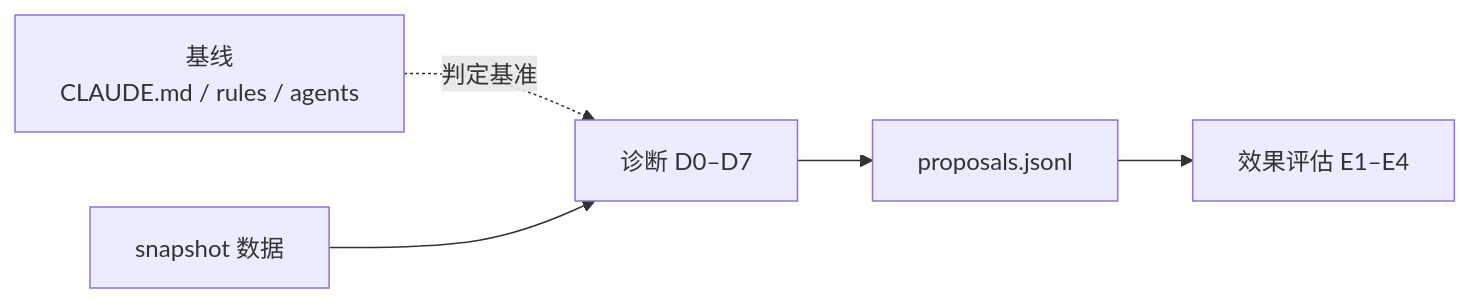
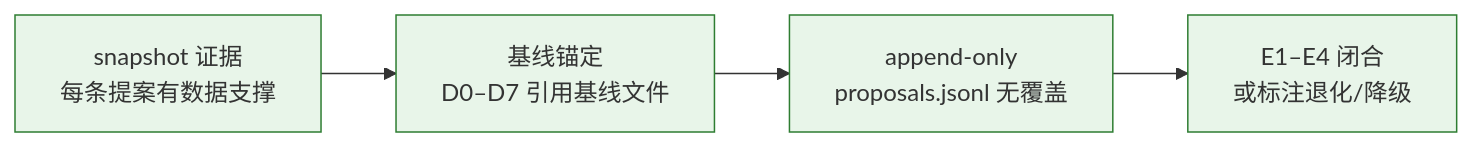
The ninth of 9 diagrams in rules/self-improve.md (effiy/YrY), drawn with Mermaid before and after one commit. The commit also changed other lines of this file and 18 other files, not shown here.

````diff
--- a/rules/self-improve.md
+++ b/rules/self-improve.md
@@ -11,6 +215,8 @@
 ```mermaid
 flowchart LR
-    Base[基线<br/>CLAUDE.md / rules / agents] -.判定基准.-> Diag
-    Snap[snapshot 数据] --> Diag[诊断 D0–D7] --> Prop[proposals.jsonl]
-    Prop --> Eval[效果评估 E1–E4]
+    S1["snapshot 证据<br/>每条提案有数据支撑"]:::sig --> S2["基线锚定<br/>D0–D7 引用基线文件"]:::sig
+    S2 --> S3["append-only<br/>proposals.jsonl 无覆盖"]:::sig
+    S3 --> S4["E1–E4 闭合<br/>或标注退化/降级"]:::sig
+
+    classDef sig fill:#e8f5e9,stroke:#2e7d32;
 ```
````
